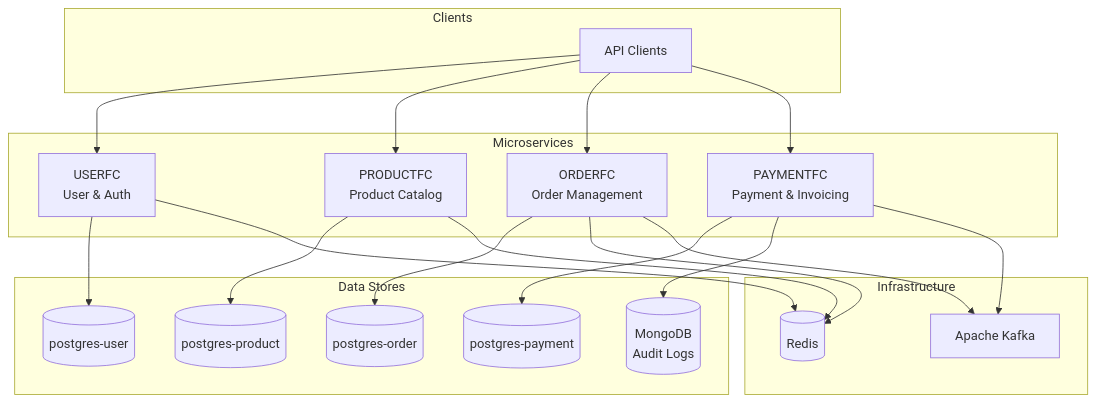
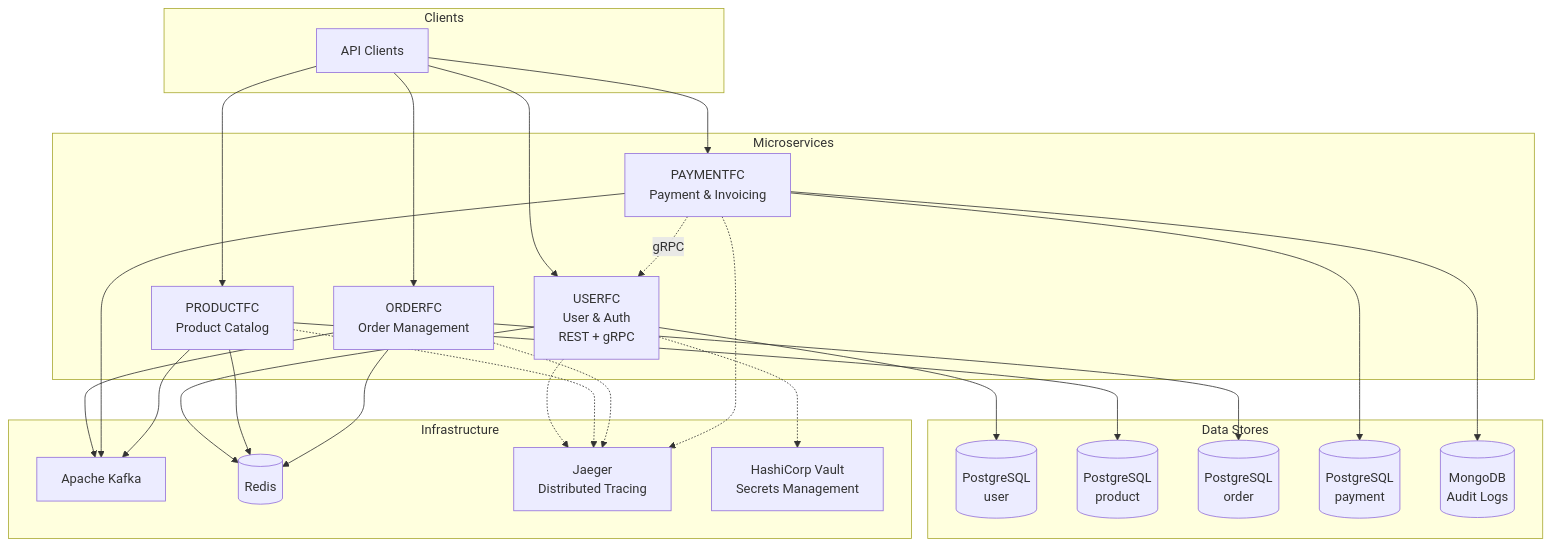
One commit to SundaePorkCutlet/go-commerce changed the first of 3 diagrams in README.md. Above: the diagram before and after it, drawn with Mermaid. The commit also changed other lines of this file, not shown here.

````diff
--- a/README.md
+++ b/README.md
@@ -13,42 +13,55 @@
 ```mermaid
 flowchart TB
     subgraph Clients["Clients"]
         API[API Clients]
     end
 
     subgraph Services["Microservices"]
-        USERFC[USERFC<br/>User & Auth]
+        USERFC[USERFC<br/>User & Auth<br/>REST + gRPC]
         PRODUCTFC[PRODUCTFC<br/>Product Catalog]
         ORDERFC[ORDERFC<br/>Order Management]
         PAYMENTFC[PAYMENTFC<br/>Payment & Invoicing]
     end
 
     subgraph Data["Data Stores"]
-        DB1[(postgres-user)]
-        DB2[(postgres-product)]
-        DB3[(postgres-order)]
-        DB4[(postgres-payment)]
+        DB1[(PostgreSQL<br/>user)]
+        DB2[(PostgreSQL<br/>product)]
+        DB3[(PostgreSQL<br/>order)]
+        DB4[(PostgreSQL<br/>payment)]
         MONGO[(MongoDB<br/>Audit Logs)]
     end
 
     subgraph Infrastructure["Infrastructure"]
         KAFKA[Apache Kafka]
         REDIS[(Redis)]
+        JAEGER[Jaeger<br/>Distributed Tracing]
+        VAULT[HashiCorp Vault<br/>Secrets Management]
     end
 
     API --> USERFC
     API --> PRODUCTFC
     API --> ORDERFC
     API --> PAYMENTFC
 
+    PAYMENTFC -.->|gRPC| USERFC
+
     USERFC --> DB1
     USERFC --> REDIS
     PRODUCTFC --> DB2
     PRODUCTFC --> REDIS
     ORDERFC --> DB3
     ORDERFC --> REDIS
-    ORDERFC --> KAFKA
     PAYMENTFC --> DB4
     PAYMENTFC --> MONGO
+
+    ORDERFC --> KAFKA
     PAYMENTFC --> KAFKA
+    PRODUCTFC --> KAFKA
+
+    USERFC -.-> JAEGER
+    PRODUCTFC -.-> JAEGER
+    ORDERFC -.-> JAEGER
+    PAYMENTFC -.-> JAEGER
+
+    USERFC -.-> VAULT
 ```
````
